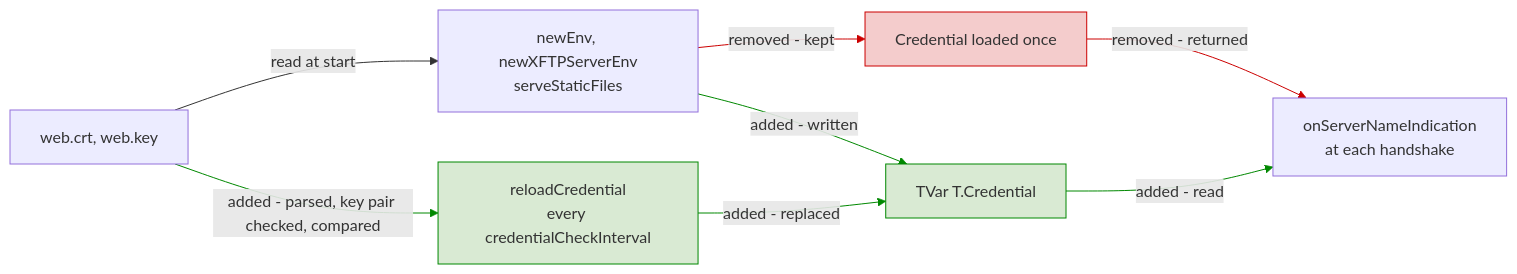
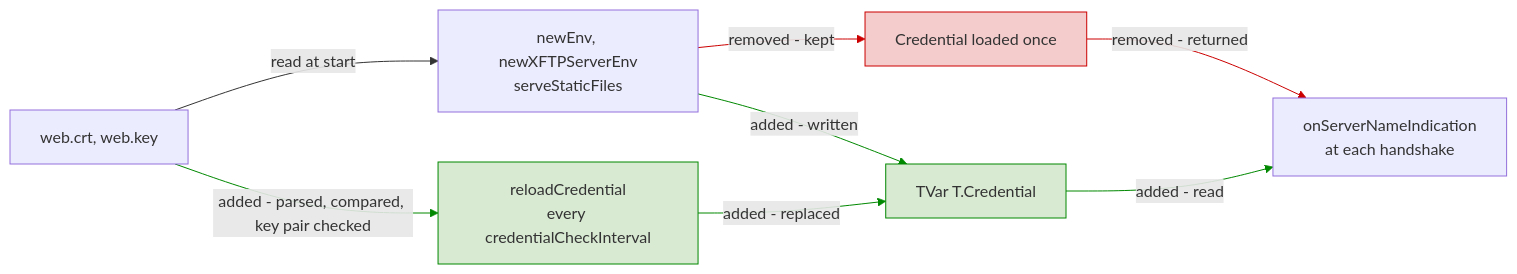
Before and after one commit to simplex-chat/simplexmq: the first of 2 diagrams in plans/2026-11-17-reload-web-certificates.md, drawn with Mermaid. The commit also changed other lines of this file, not shown here.

````diff
--- a/plans/2026-11-17-reload-web-certificates.md
+++ b/plans/2026-11-17-reload-web-certificates.md
@@ -30,22 +30,22 @@
 ```mermaid
 flowchart LR
     F[web.crt, web.key]
     E[newEnv, newXFTPServerEnv<br>serveStaticFiles]
     V[TVar T.Credential]
     R[reloadCredential<br>every credentialCheckInterval]
     H[onServerNameIndication<br>at each handshake]
     C[Credential loaded once]
     F -- "read at start" --> E
     E -- "added - written" --> V
     E -- "removed - kept" --> C
     C -- "removed - returned" --> H
-    F -- "added - parsed, key pair checked, compared" --> R
+    F -- "added - parsed, compared, key pair checked" --> R
     R -- "added - replaced" --> V
     V -- "added - read" --> H
     classDef removed fill:#f4cccc,stroke:#cc0000
     classDef added fill:#d9ead3,stroke:#008800
     class C removed
     class V,R added
     linkStyle 2,3 stroke:#cc0000
     linkStyle 1,4,5,6 stroke:#008800
 ```
````
